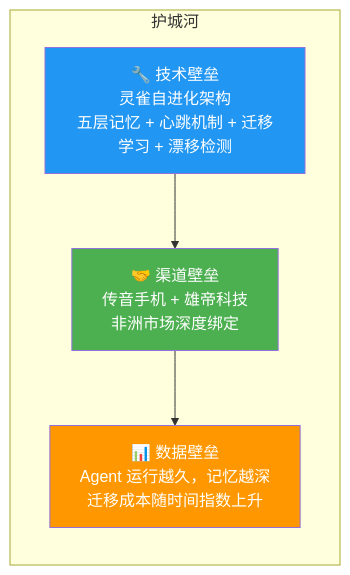
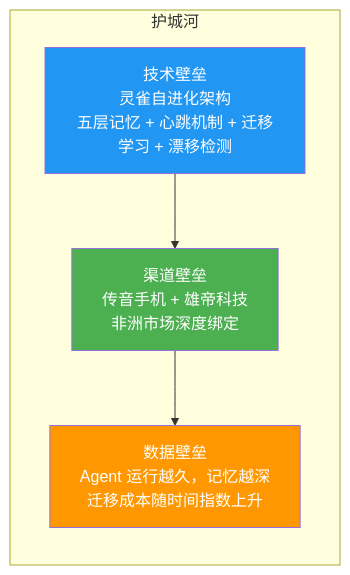
One commit to CodePothunter/lingque changed diagram 11 of 11 in docs/VC_TENGEN_AI.md. Above: the diagram before and after it, drawn with Mermaid. The commit also changed other lines of this file, not shown here.

Commit message:
📝【文档】：移除所有 mermaid 图表中的 emoji 以修复 GitHub 渲染问题

````diff
--- a/docs/VC_TENGEN_AI.md
+++ b/docs/VC_TENGEN_AI.md
@@ -588,15 +588,15 @@
 ```mermaid
 flowchart TB
     subgraph MOAT["护城河"]
         direction TB
-        T["🔧 技术壁垒<br/>灵雀自进化架构<br/>五层记忆 + 心跳机制 + 迁移学习 + 漂移检测"]
-        C["🤝 渠道壁垒<br/>传音手机 + 雄帝科技<br/>非洲市场深度绑定"]
-        D["📊 数据壁垒<br/>Agent 运行越久，记忆越深<br/>迁移成本随时间指数上升"]
+        T["技术壁垒<br/>灵雀自进化架构<br/>五层记忆 + 心跳机制 + 迁移学习 + 漂移检测"]
+        C["渠道壁垒<br/>传音手机 + 雄帝科技<br/>非洲市场深度绑定"]
+        D["数据壁垒<br/>Agent 运行越久，记忆越深<br/>迁移成本随时间指数上升"]
     end
 
     T --> C --> D
 
     style T fill:#2196F3,color:#fff
     style C fill:#4CAF50,color:#fff
     style D fill:#FF9800,color:#fff
 ```
````
